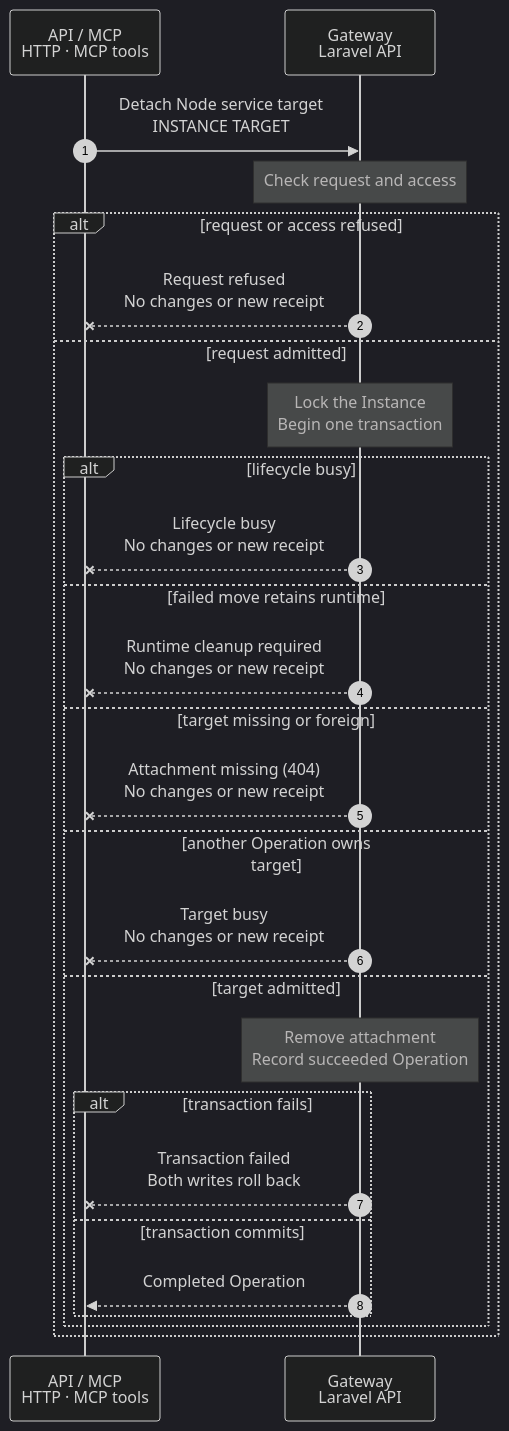
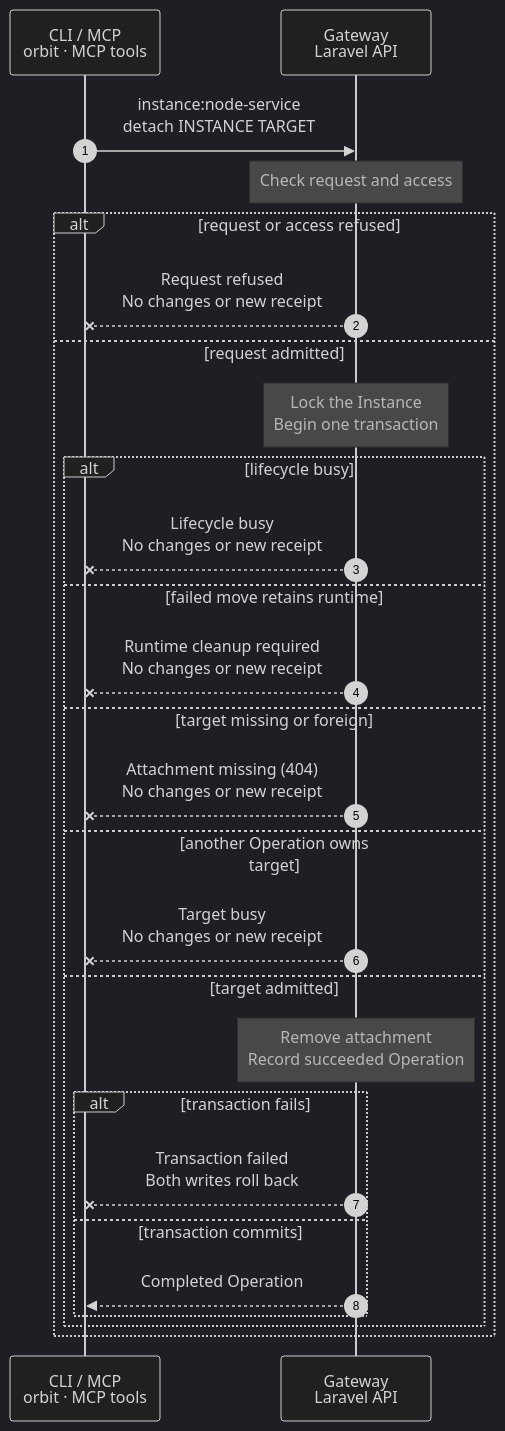
One commit to hardimpactdev/orbit changed the diagram in docs/cli/instance/node-service-detach.mmd. Above: the diagram before and after it, drawn with Mermaid (dark theme). The commit also changed 18 other files, not shown here.

Commit message:
feat(instances): expose node service target records in CLI and SDK

```diff
--- a/docs/cli/instance/node-service-detach.mmd
+++ b/docs/cli/instance/node-service-detach.mmd
@@ -1,50 +1,56 @@
 sequenceDiagram
   %% Record-only detach: the Gateway action and shared admission guards.
   %% status: draft
   %% command: instance:node-service:detach
   %% kind: instance.node_service_detach
   autonumber
   %% lane CALL icon=terminal pill=caller tone=gray
   %% lane GW icon=gateway pill=intent tone=blue
-  participant CALL as API / MCP<br/>HTTP · MCP tools
+  participant CALL as CLI / MCP<br/>orbit · MCP tools
   participant GW as Gateway<br/>Laravel API
-  CALL->>GW: Detach Node service target<br/>INSTANCE TARGET
+  CALL->>GW: instance:node-service<br/>detach INSTANCE TARGET
+  %%> Command:
+  %%> - orbit instance:node-service:detach INSTANCE TARGET
+  %%> - syntax: instance:node-service:detach
+  %%> On failure:
+  %%> - Invalid numeric IDs refuse locally; the CLI requires confirmation before its delete request.
+  %%> - A JSON or noninteractive call without --yes returns instance.node_service_confirmation_required; declining or cancelling returns input.cancelled. Neither sends a request.
   Note over GW: Check request and access
   %%> On failure:
   %%> - peer.identity_unknown or node_access.required (403): the caller lacks authority.
   %%> - http.404 (404): the Instance cannot be resolved.
   %%> - validation.failed (422) or operation.idempotency_conflict (409): the request key is invalid or conflicts.
   %%> - Every refusal leaves state unchanged and creates no new receipt.
   alt request or access refused
     GW--xCALL: Request refused<br/>No changes or new receipt
   else request admitted
     Note over GW: Lock the Instance<br/>Begin one transaction
     alt lifecycle busy
       GW--xCALL: Lifecycle busy<br/>No changes or new receipt
       %%> On failure:
       %%> - instance.lifecycle_busy (409): the Instance is not active, migration is running or a detach is already running.
     else failed move retains runtime
       GW--xCALL: Runtime cleanup required<br/>No changes or new receipt
       %%> On failure:
       %%> - instance.node_service_runtime_cleanup_required (409): retry instance:migrate to finish or restore the move before detaching.
     else target missing or foreign
       GW--xCALL: Attachment missing (404)<br/>No changes or new receipt
       %%> On failure:
       %%> - instance.node_service_target_missing: the attachment must belong to the selected Instance.
     else another Operation owns target
       GW--xCALL: Target busy<br/>No changes or new receipt
       %%> On failure:
       %%> - operation.target_busy (409): the Instance's Operation lock is held.
     else target admitted
       Note over GW: Remove attachment<br/>Record succeeded Operation
       %%> When:
       %%> - The Instance uses its checkout or has completed migration successfully.
       alt transaction fails
         GW--xCALL: Transaction failed<br/>Both writes roll back
         %%> On failure:
         %%> - The attachment remains and no new receipt is persisted, including no failed receipt.
       else transaction commits
         GW-->>CALL: Completed Operation
       end
     end
   end
```
